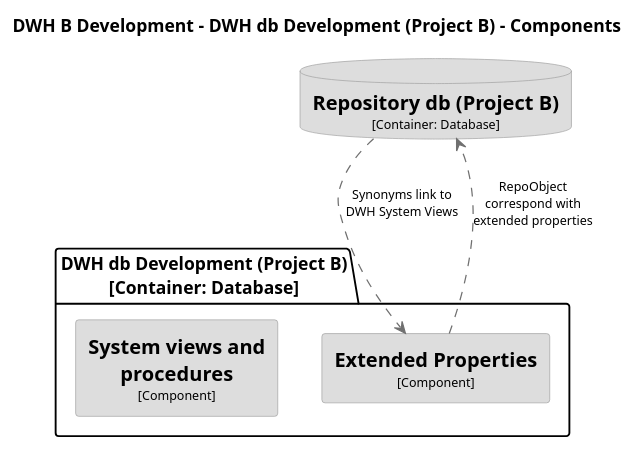
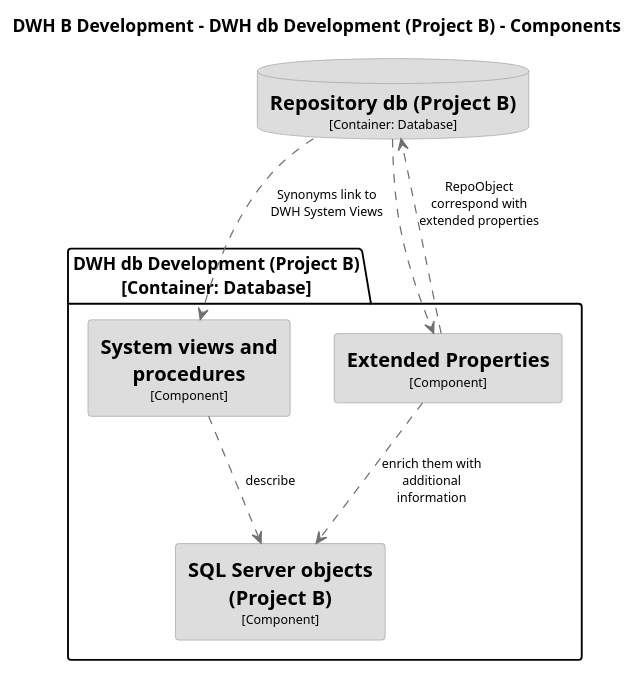
One commit to DataHandwerk/DataHandwerk-toolkit-mssql changed the diagram in docs/src/c4_dsl/puml/structurizr-DWHBDevelopment-DWHdbDevelopmentProjectB-Component.puml. Above: the diagram before and after it, drawn with PlantUML. The commit also changed 8 other files, not shown here.

Commit message:
diagrams extended and corrected

```diff
--- a/docs/src/c4_dsl/puml/structurizr-DWHBDevelopment-DWHdbDevelopmentProjectB-Component.puml
+++ b/docs/src/c4_dsl/puml/structurizr-DWHBDevelopment-DWHdbDevelopmentProjectB-Component.puml
@@ -1,35 +1,44 @@
 @startuml(id=DWHBDevelopment-DWHdbDevelopmentProjectB-Component)
 title DWH B Development - DWH db Development (Project B) - Components
 
 skinparam {
   shadowing false
   arrowFontSize 10
   defaultTextAlignment center
   wrapWidth 200
   maxMessageSize 100
 }
 hide stereotype
 top to bottom direction
 skinparam database<<5>> {
   BackgroundColor #dddddd
   FontColor #000000
   BorderColor #9A9A9A
 }
 skinparam rectangle<<18>> {
   BackgroundColor #dddddd
   FontColor #000000
   BorderColor #9A9A9A
 }
 skinparam rectangle<<19>> {
   BackgroundColor #dddddd
   FontColor #000000
   BorderColor #9A9A9A
 }
+skinparam rectangle<<20>> {
+  BackgroundColor #dddddd
+  FontColor #000000
+  BorderColor #9A9A9A
+}
 database "==Repository db (Project B)\n<size:10>[Container: Database]</size>" <<5>> as 5
 package "DWH db Development (Project B)\n[Container: Database]" {
   rectangle "==Extended Properties\n<size:10>[Component]</size>" <<19>> as 19
+  rectangle "==SQL Server objects (Project B)\n<size:10>[Component]</size>" <<20>> as 20
   rectangle "==System views and procedures\n<size:10>[Component]</size>" <<18>> as 18
 }
 19 .[#707070].> 5 : "RepoObject correspond with extended properties"
-5 .[#707070].> 19 : "Synonyms link to DWH System Views"
+19 .[#707070].> 20 : "enrich them with additional information"
+5 .[#707070].> 19 : ""
+5 .[#707070].> 18 : "Synonyms link to DWH System Views"
+18 .[#707070].> 20 : "describe"
 @enduml
```
